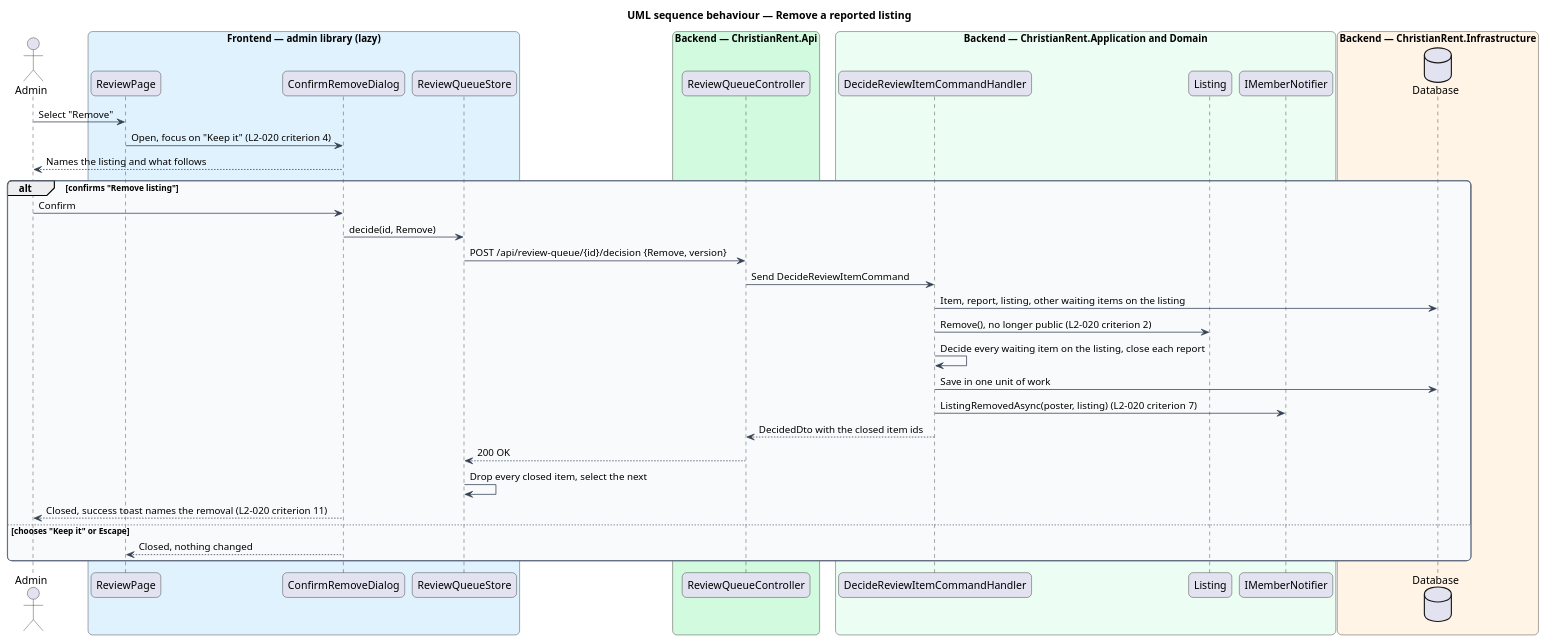
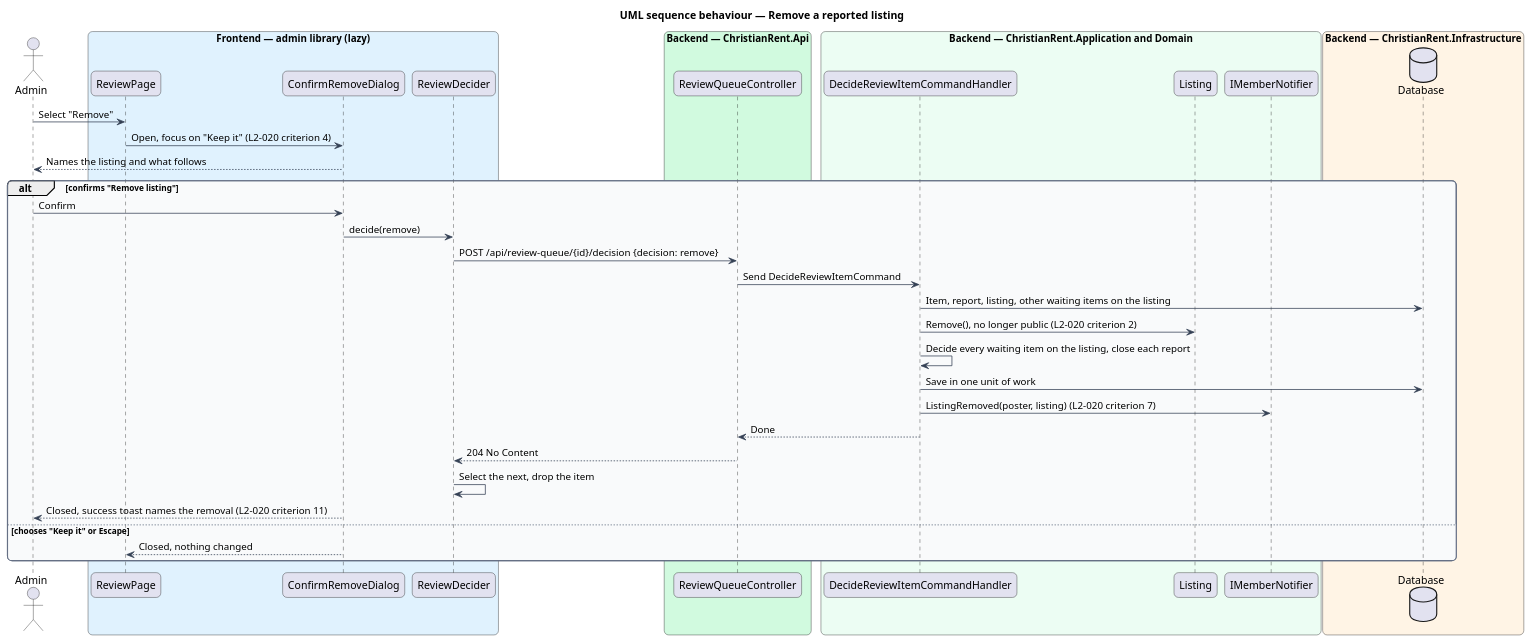
Before and after one commit to QuinntyneBrown/christian-rent: the diagram in docs/detailed-designs/review/decide-review-item/diagrams/sequence-remove-reported-listing.puml, drawn with PlantUML. The commit also changed 51 other files, not shown here.

```diff
--- a/docs/detailed-designs/review/decide-review-item/diagrams/sequence-remove-reported-listing.puml
+++ b/docs/detailed-designs/review/decide-review-item/diagrams/sequence-remove-reported-listing.puml
@@ -1,54 +1,54 @@
 @startuml
 title UML sequence behaviour — Remove a reported listing
 skinparam backgroundColor #FFFFFF
 skinparam shadowing false
 skinparam roundcorner 12
 skinparam defaultFontName Arial
 skinparam ArrowColor #344054
 skinparam rectangle {
   BorderColor #344054
   FontColor #101828
 }
 skinparam package {
   BorderColor #667085
   FontColor #101828
   BackgroundColor #F9FAFB
 }
 actor "Admin" as actor
 box "Frontend — admin library (lazy)" #E0F2FE
   participant "ReviewPage" as page
   participant "ConfirmRemoveDialog" as dialog
-  participant "ReviewQueueStore" as store
+  participant "ReviewDecider" as store
 end box
 box "Backend — ChristianRent.Api" #D1FADF
   participant "ReviewQueueController" as ctrl
 end box
 box "Backend — ChristianRent.Application and Domain" #ECFDF3
   participant "DecideReviewItemCommandHandler" as handler
   participant "Listing" as listing
   participant "IMemberNotifier" as notify
 end box
 box "Backend — ChristianRent.Infrastructure" #FFF4E5
   database "Database" as db
 end box
 actor -> page : Select "Remove"
 page -> dialog : Open, focus on "Keep it" (L2-020 criterion 4)
 dialog --> actor : Names the listing and what follows
 alt confirms "Remove listing"
   actor -> dialog : Confirm
-  dialog -> store : decide(id, Remove)
-  store -> ctrl : POST /api/review-queue/{id}/decision {Remove, version}
+  dialog -> store : decide(remove)
+  store -> ctrl : POST /api/review-queue/{id}/decision {decision: remove}
   ctrl -> handler : Send DecideReviewItemCommand
   handler -> db : Item, report, listing, other waiting items on the listing
   handler -> listing : Remove(), no longer public (L2-020 criterion 2)
   handler -> handler : Decide every waiting item on the listing, close each report
   handler -> db : Save in one unit of work
-  handler -> notify : ListingRemovedAsync(poster, listing) (L2-020 criterion 7)
-  handler --> ctrl : DecidedDto with the closed item ids
-  ctrl --> store : 200 OK
-  store -> store : Drop every closed item, select the next
+  handler -> notify : ListingRemoved(poster, listing) (L2-020 criterion 7)
+  handler --> ctrl : Done
+  ctrl --> store : 204 No Content
+  store -> store : Select the next, drop the item
   dialog --> actor : Closed, success toast names the removal (L2-020 criterion 11)
 else chooses "Keep it" or Escape
   dialog --> page : Closed, nothing changed
 end
 @enduml
```
